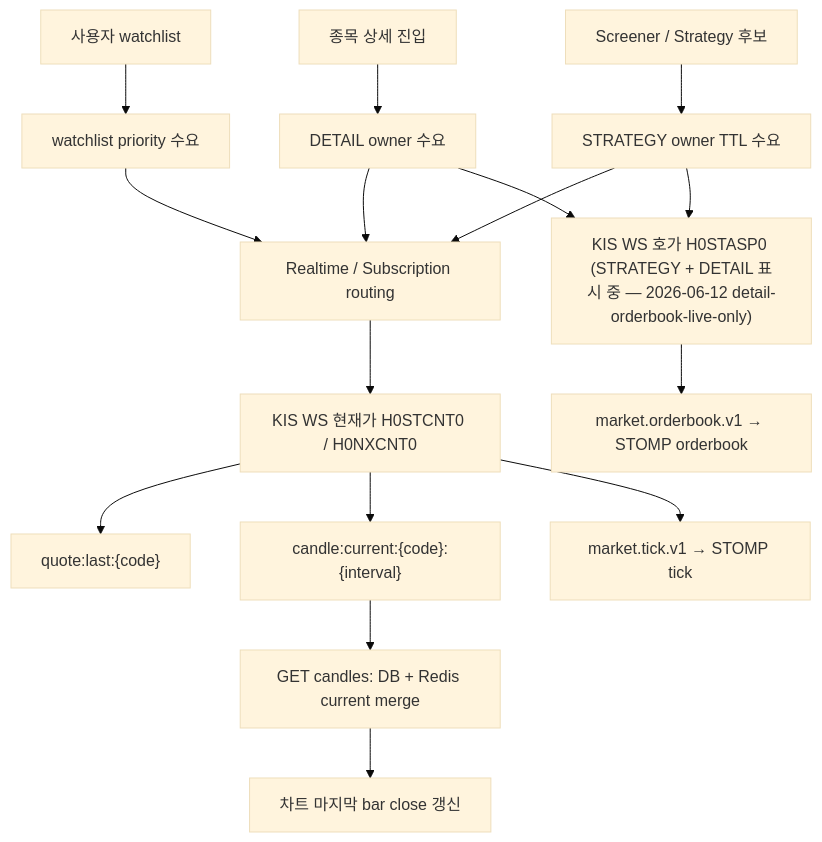
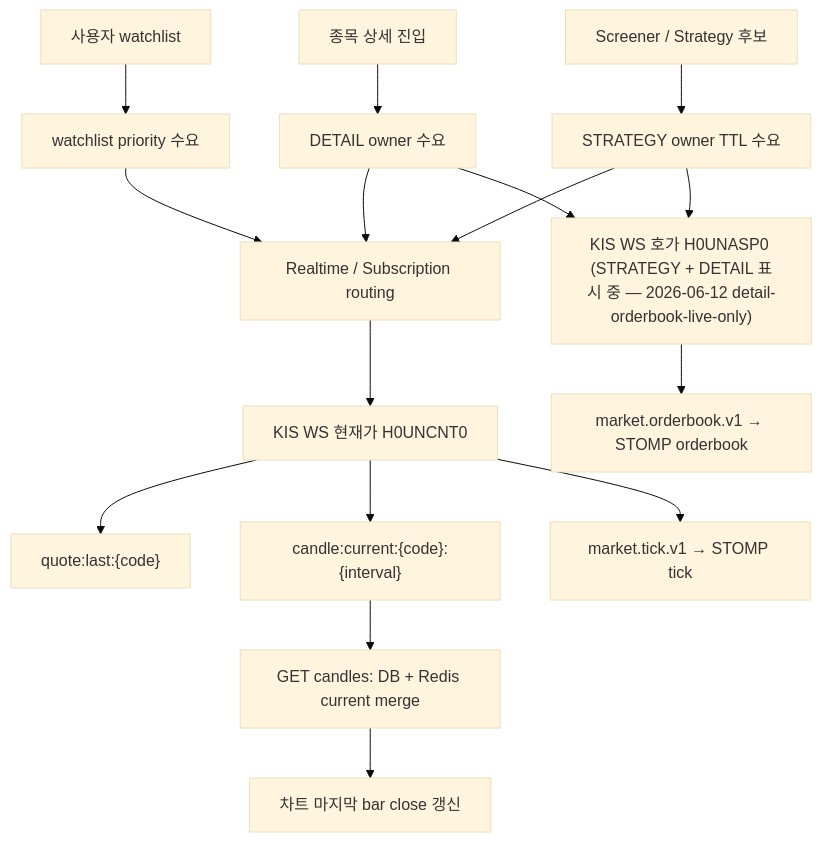
One commit to sp-daewoon/magicJar changed the second of 4 diagrams in docs/architecture/candle-data-policy-v2.md. Above: the diagram before and after it, drawn with Mermaid (base theme). The commit also changed other lines of this file and 36 other files, not shown here.

Commit message:
feat(kis): use H0UNASP0 unified orderbook

````diff
--- a/docs/architecture/candle-data-policy-v2.md
+++ b/docs/architecture/candle-data-policy-v2.md
@@ -179,22 +180,22 @@
 ```mermaid
 flowchart TD
     A["사용자 watchlist"] --> B["watchlist priority 수요"]
     D["종목 상세 진입"] --> E["DETAIL owner 수요"]
     S["Screener / Strategy 후보"] --> F["STRATEGY owner TTL 수요"]
 
     B --> R["Realtime / Subscription routing"]
     E --> R
     F --> R
 
-    R --> K["KIS WS 현재가 H0STCNT0 / H0NXCNT0"]
-    F --> O["KIS WS 호가 H0STASP0 (STRATEGY + DETAIL 표시 중 — 2026-06-12 detail-orderbook-live-only)"]
+    R --> K["KIS WS 현재가 H0UNCNT0"]
+    F --> O["KIS WS 호가 H0UNASP0 (STRATEGY + DETAIL 표시 중 — 2026-06-12 detail-orderbook-live-only)"]
     E --> O
 
     K --> Q["quote:last:{code}"]
     K --> C["candle:current:{code}:{interval}"]
     K --> T["market.tick.v1 → STOMP tick"]
 
     C --> API["GET candles: DB + Redis current merge"]
     API --> UI["차트 마지막 bar close 갱신"]
     O --> OB["market.orderbook.v1 → STOMP orderbook"]
 ```
````
